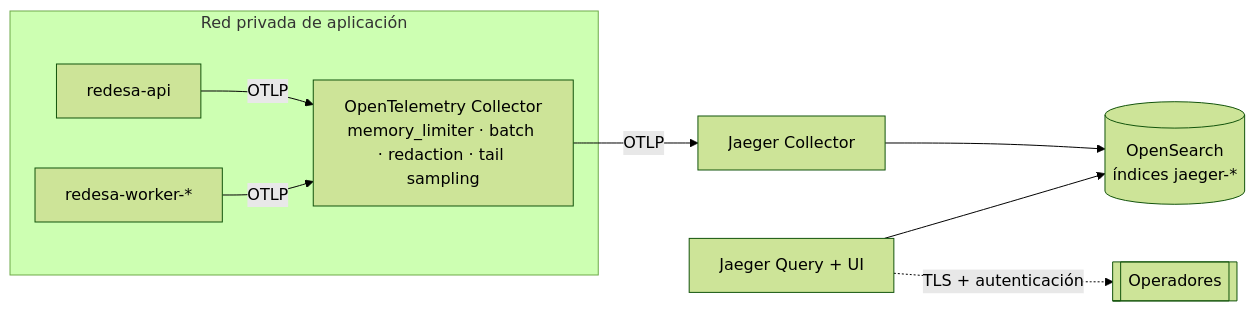
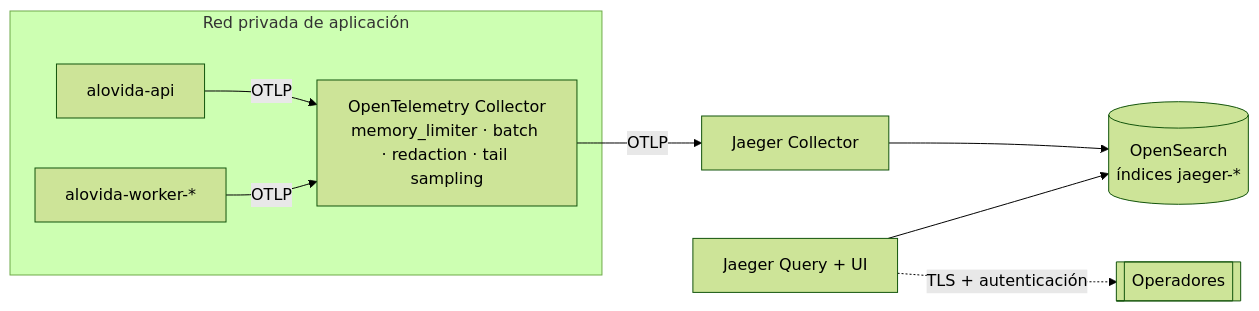
One commit to mdavila-2001/mantra-core-health-api changed the second of 3 diagrams in docs/observability/01-architecture-design.md. Above: the diagram before and after it, drawn with Mermaid (forest theme). The commit also changed other lines of this file and 143 other files, not shown here.

First line of the commit message:
refactor(marca): fuera REDESA y VITARA — el nombre es ALOVIDA

````diff
--- a/docs/observability/01-architecture-design.md
+++ b/docs/observability/01-architecture-design.md
@@ -32,12 +32,12 @@
 ```mermaid
 flowchart LR
   subgraph app["Red privada de aplicación"]
-    API[redesa-api] -->|OTLP| COL
-    WK[redesa-worker-*] -->|OTLP| COL
+    API[alovida-api] -->|OTLP| COL
+    WK[alovida-worker-*] -->|OTLP| COL
     COL["OpenTelemetry Collector<br/>memory_limiter · batch · redaction · tail sampling"]
   end
   COL -->|OTLP| JC[Jaeger Collector]
   JC --> ST[(OpenSearch<br/>índices jaeger-*)]
   JQ[Jaeger Query + UI] --> ST
   JQ -.->|TLS + autenticación| OPS[[Operadores]]
 ```
````
